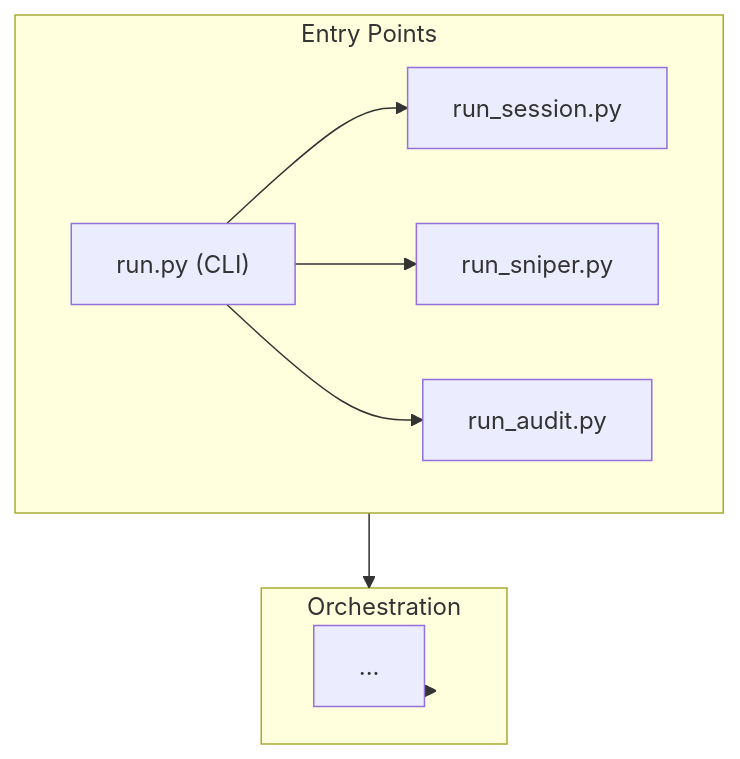
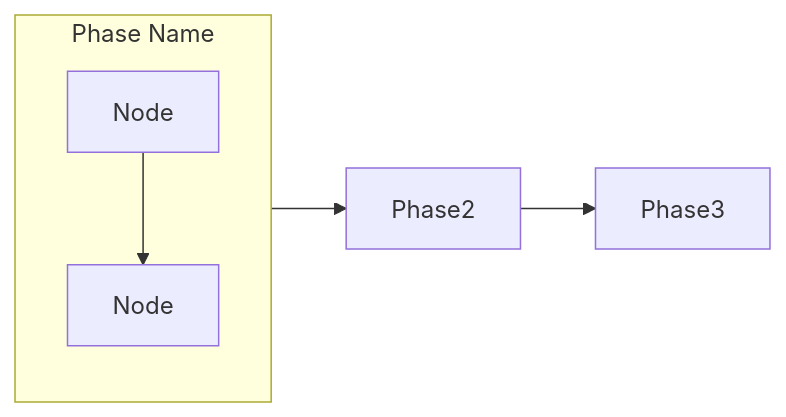
One commit to jiangyang5157/binary-star changed the first of 4 diagrams in .claude/skills/update-readme/SKILL.md. Above: the diagram before and after it, drawn with Mermaid. The commit also changed other lines of this file and 1 other file, not shown here.

First line of the commit message:
refactor: optimize update-readme skill for conciseness and diagram quality

````diff
--- a/.claude/skills/update-readme/SKILL.md
+++ b/.claude/skills/update-readme/SKILL.md
@@ -137,12 +145,8 @@
 ```mermaid
-graph TB
-    subgraph Entry["Entry Points"]
-        CLI["run.py (CLI)"] --> Session["run_session.py"]
-        CLI --> Sniper["run_sniper.py"]
-        CLI --> Audit["run_audit.py"]
+graph LR
+    subgraph Phase1["Phase Name"]
+        A["Node"] --> B["Node"]
     end
-    subgraph Orchestration["Orchestration"]
-        ...
-    end
-    Entry --> Orchestration --> ...
+    Phase1 --> Phase2
+    Phase2 --> Phase3
 ```
````
